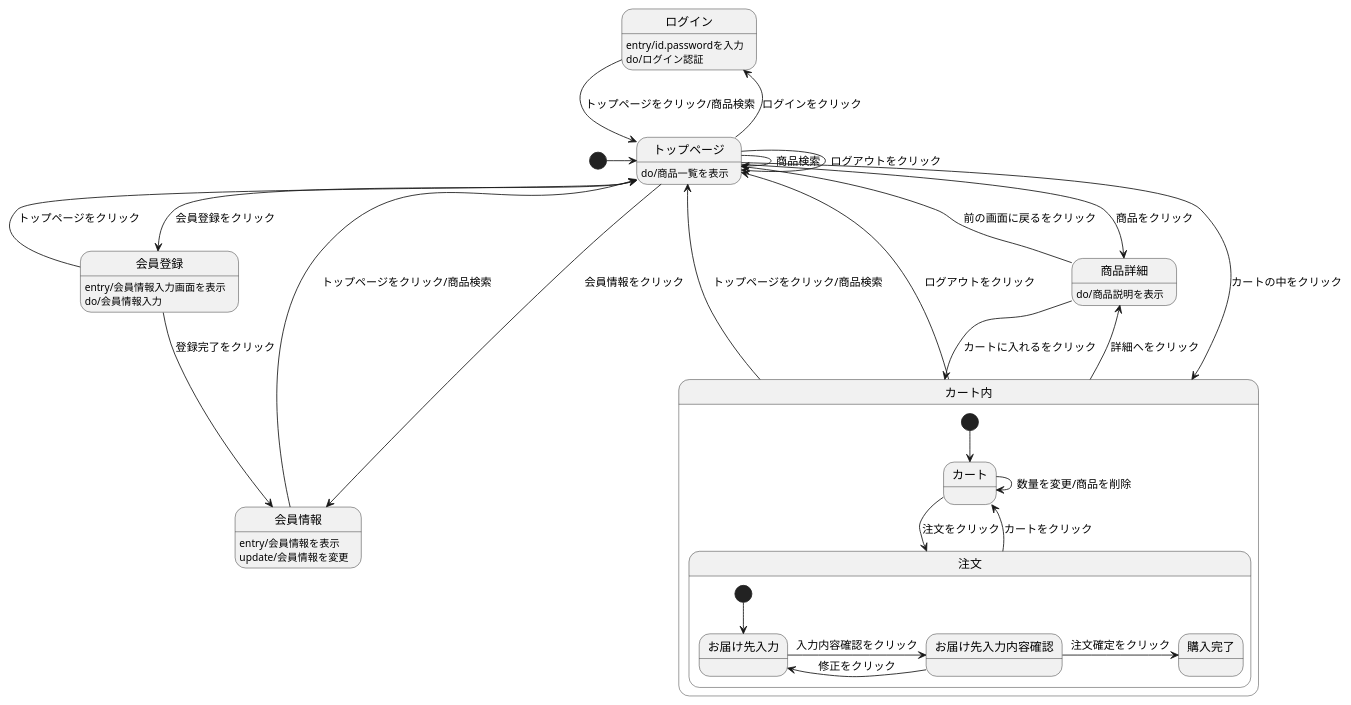
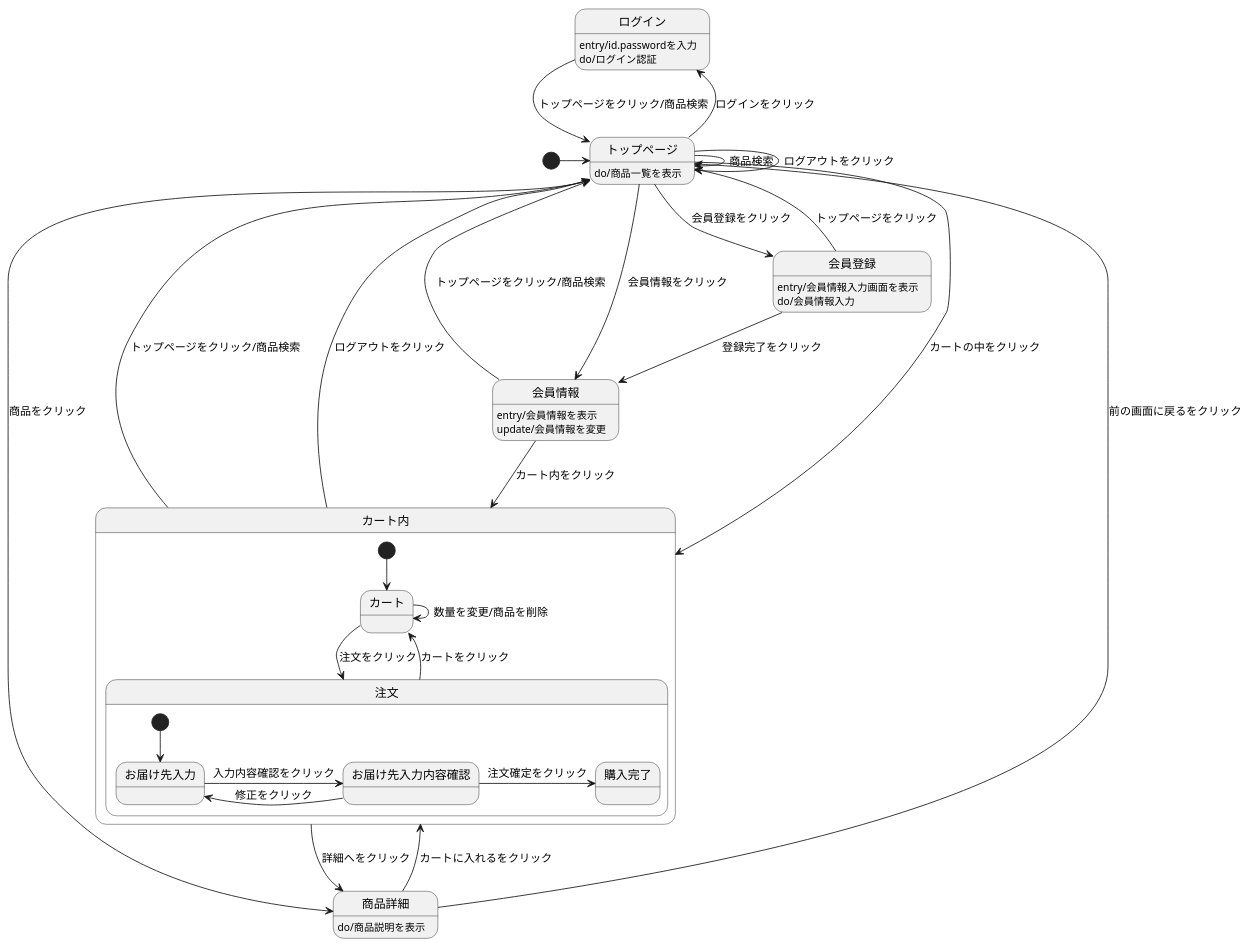
The diagram in 03_画面遷移図/画面遷移図.md (Aso2001007/System4), drawn with PlantUML before and after one commit.

````diff
--- a/03_画面遷移図/画面遷移図.md
+++ b/03_画面遷移図/画面遷移図.md
@@ -1,53 +1,55 @@
 ```uml
 
 @startuml
 [*] -> トップページ 
 
 会員登録 -left-> トップページ : トップページをクリック
 会員登録 -down-> 会員情報 :登録完了をクリック
 会員登録 :entry/会員情報入力画面を表示
 会員登録 :do/会員情報入力
 
 会員情報 -left-> トップページ : トップページをクリック/商品検索 
+会員情報 --> カート内 : カート内をクリック
 会員情報 : entry/会員情報を表示
 会員情報 : update/会員情報を変更
+
 
 ログイン -down-> トップページ : トップページをクリック/商品検索 
 ログイン : entry/id.passwordを入力 
 ログイン : do/ログイン認証 
 
 トップページ --> 会員登録 : 会員登録をクリック
 トップページ -left-> 会員情報 : 会員情報をクリック
 トップページ --> トップページ : ログアウトをクリック 
 トップページ -> トップページ : 商品検索 
 トップページ -> 商品詳細 : 商品をクリック 
 トップページ -up-> ログイン : ログインをクリック 
 トップページ --> カート内 : カートの中をクリック 
 トップページ : do/商品一覧を表示 
 
 商品詳細 --> カート内 : カートに入れるをクリック 
 商品詳細 --> トップページ : 前の画面に戻るをクリック 
 商品詳細 : do/商品説明を表示
 
  
 
 カート内 -up-> トップページ : トップページをクリック/商品検索 
 カート内 -up-> トップページ : ログアウトをクリック 
 カート内 -> 商品詳細 : 詳細へをクリック 
 
 state カート内 { 
   [*] --> カート 
   カート -> 注文 : 注文をクリック 
   カート -> カート : 数量を変更/商品を削除 
   注文 --> カート : カートをクリック 
 
   state 注文 { 
     [*] --> お届け先入力 
     お届け先入力 -> お届け先入力内容確認 : 入力内容確認をクリック 
     お届け先入力内容確認 -> お届け先入力 : 修正をクリック 
     お届け先入力内容確認 -> 購入完了 : 注文確定をクリック 
   } 
 }
 @enduml
 
 ```
````
